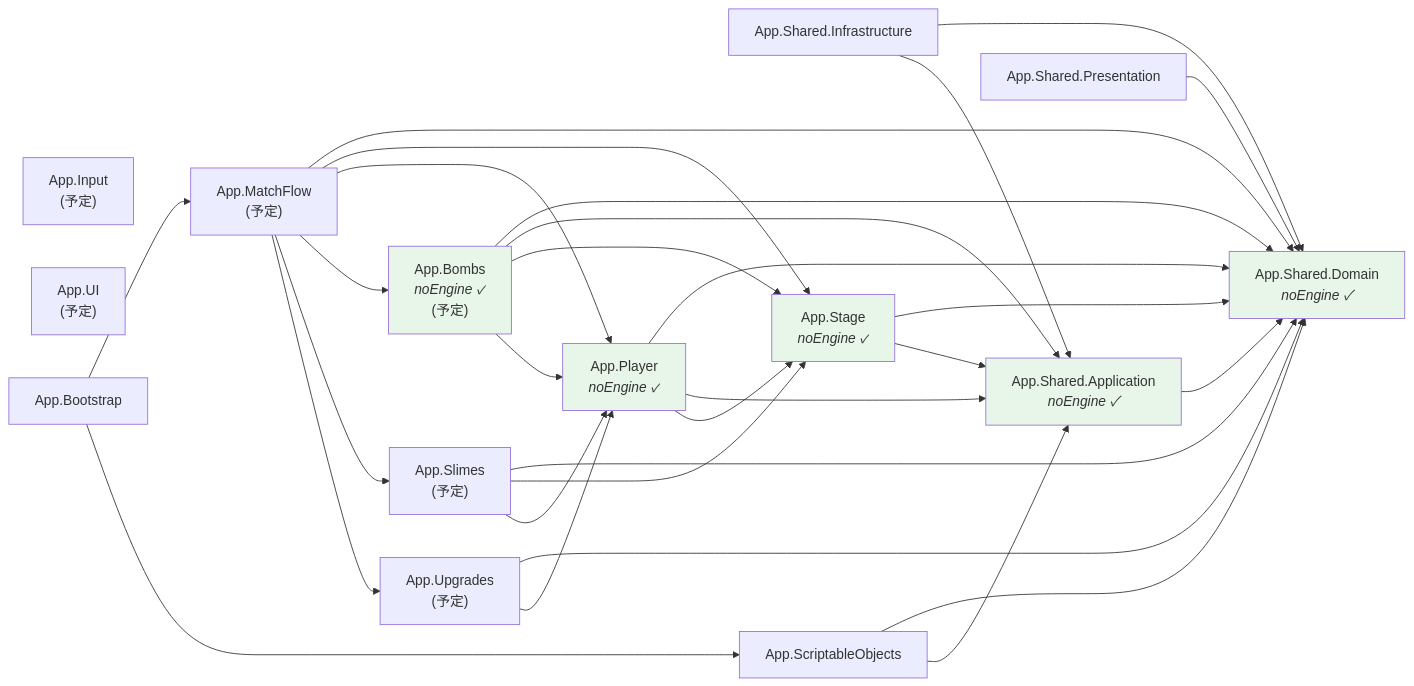
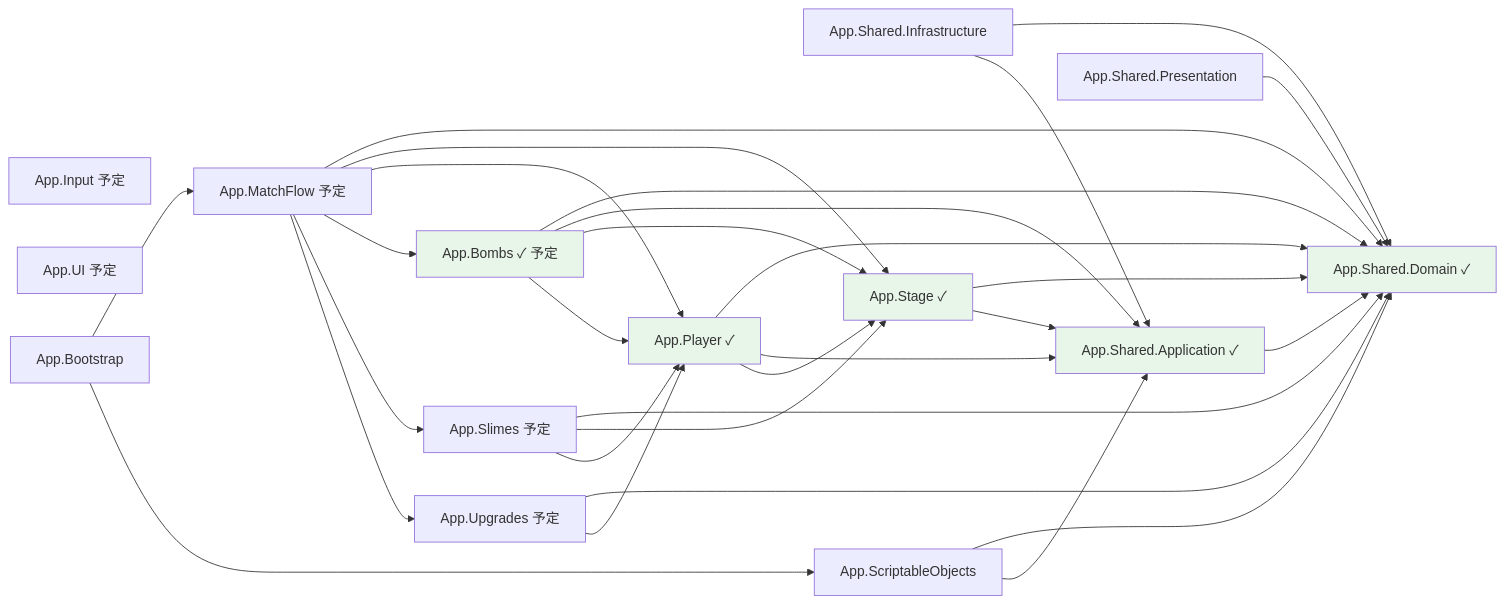
Before and after one commit to OUCC/2026-spring-hackathon-teamA: the second of 8 diagrams in docs/architecture.md, drawn with Mermaid. The commit also changed other lines of this file, not shown here.

First line of the commit message:
architecture.md の mermaid 図を修正

````diff
--- a/docs/architecture.md
+++ b/docs/architecture.md
@@ -45,52 +54,52 @@
 ```mermaid
 graph LR
-    SD["App.Shared.Domain<br/><i>noEngine ✓</i>"]
-    SA["App.Shared.Application<br/><i>noEngine ✓</i>"]
-    SI["App.Shared.Infrastructure"]
-    SP["App.Shared.Presentation"]
-    AST["App.Stage<br/><i>noEngine ✓</i>"]
-    APL["App.Player<br/><i>noEngine ✓</i>"]
-    ABM["App.Bombs<br/><i>noEngine ✓</i><br/>(予定)"]
-    ASL["App.Slimes<br/>(予定)"]
-    AUP["App.Upgrades<br/>(予定)"]
-    AMF["App.MatchFlow<br/>(予定)"]
-    AIN["App.Input<br/>(予定)"]
-    AUI["App.UI<br/>(予定)"]
-    ASO["App.ScriptableObjects"]
-    ABT["App.Bootstrap"]
+    SD["App.Shared.Domain ✓"]
+    SA["App.Shared.Application ✓"]
+    SI[App.Shared.Infrastructure]
+    SP[App.Shared.Presentation]
+    AST["App.Stage ✓"]
+    APL["App.Player ✓"]
+    ABM["App.Bombs ✓ 予定"]
+    ASL["App.Slimes 予定"]
+    AUP["App.Upgrades 予定"]
+    AMF["App.MatchFlow 予定"]
+    AIN["App.Input 予定"]
+    AUI["App.UI 予定"]
+    ASO[App.ScriptableObjects]
+    ABT[App.Bootstrap]
 
     SA --> SD
     SI --> SD
     SI --> SA
     SP --> SD
     AST --> SD
     AST --> SA
     APL --> SD
     APL --> SA
     APL --> AST
     ABM --> SD
     ABM --> SA
     ABM --> AST
     ABM --> APL
     ASL --> SD
     ASL --> AST
     ASL --> APL
     AUP --> SD
     AUP --> APL
     AMF --> SD
     AMF --> AST
     AMF --> APL
     AMF --> ABM
     AMF --> ASL
     AMF --> AUP
     ASO --> SD
     ASO --> SA
     ABT --> AMF
     ABT --> ASO
 
     style SD fill:#e8f5e9
     style SA fill:#e8f5e9
     style AST fill:#e8f5e9
     style APL fill:#e8f5e9
     style ABM fill:#e8f5e9
 ```
````
